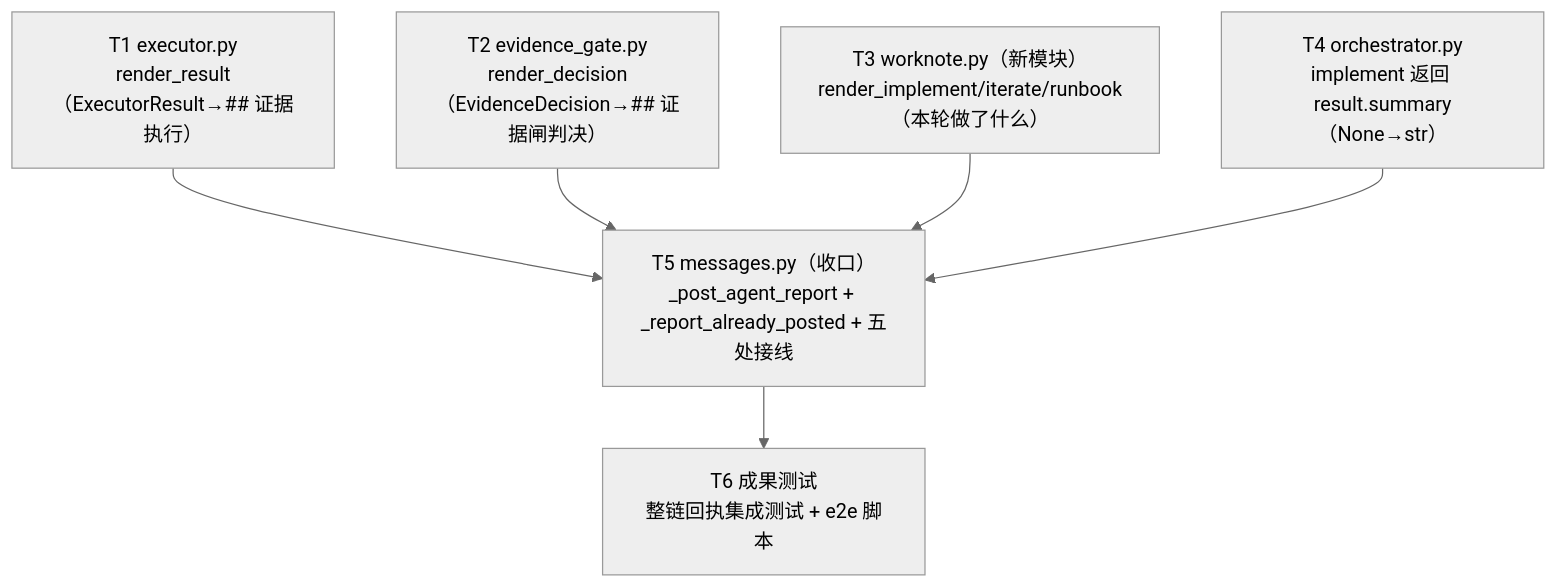
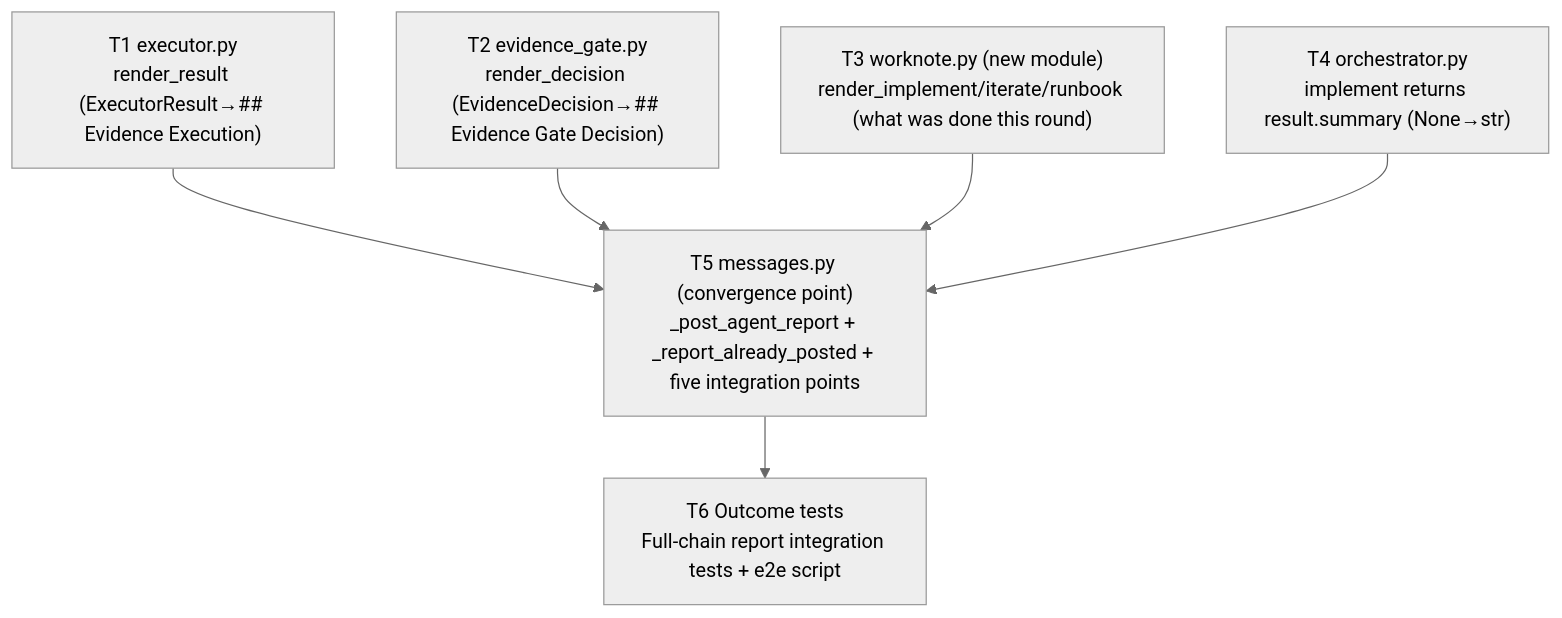
The diagram in docs/specs/0051-unify-agent-run-report.md (Curry09/OpenAgents), drawn with Mermaid (neutral theme) before and after one commit. The commit also changed other lines of this file and 461 other files, not shown here.

````diff
--- a/docs/specs/0051-unify-agent-run-report.md
+++ b/docs/specs/0051-unify-agent-run-report.md
@@ -249,14 +250,14 @@
 ```mermaid
 graph TD
-    T1["T1 executor.py<br/>render_result（ExecutorResult→## 证据执行）"]
-    T2["T2 evidence_gate.py<br/>render_decision（EvidenceDecision→## 证据闸判决）"]
-    T3["T3 worknote.py（新模块）<br/>render_implement/iterate/runbook（本轮做了什么）"]
-    T4["T4 orchestrator.py<br/>implement 返回 result.summary（None→str）"]
-    T5["T5 messages.py（收口）<br/>_post_agent_report + _report_already_posted + 五处接线"]
-    T6["T6 成果测试<br/>整链回执集成测试 + e2e 脚本"]
+    T1["T1 executor.py<br/>render_result (ExecutorResult→## Evidence Execution)"]
+    T2["T2 evidence_gate.py<br/>render_decision (EvidenceDecision→## Evidence Gate Decision)"]
+    T3["T3 worknote.py (new module)<br/>render_implement/iterate/runbook (what was done this round)"]
+    T4["T4 orchestrator.py<br/>implement returns result.summary (None→str)"]
+    T5["T5 messages.py (convergence point)<br/>_post_agent_report + _report_already_posted + five integration points"]
+    T6["T6 Outcome tests<br/>Full-chain report integration tests + e2e script"]
     T1 --> T5
     T2 --> T5
     T3 --> T5
     T4 --> T5
     T5 --> T6
 ```
````
